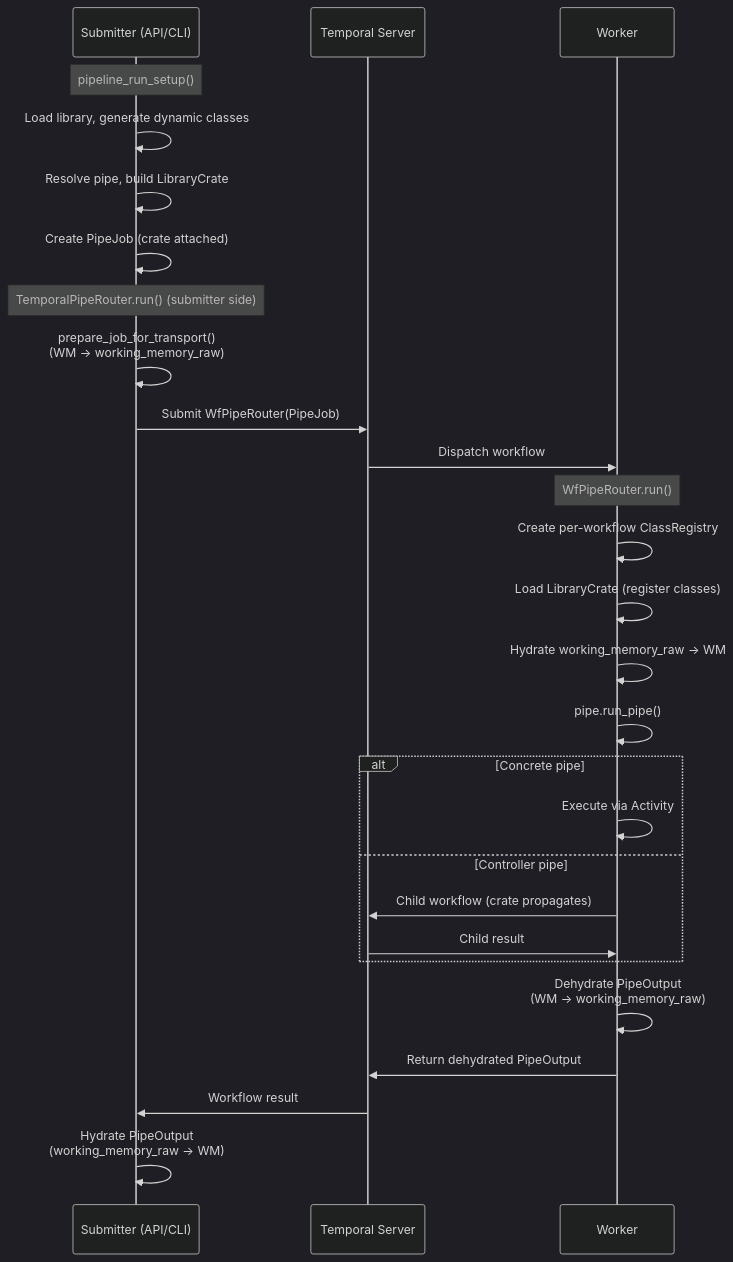
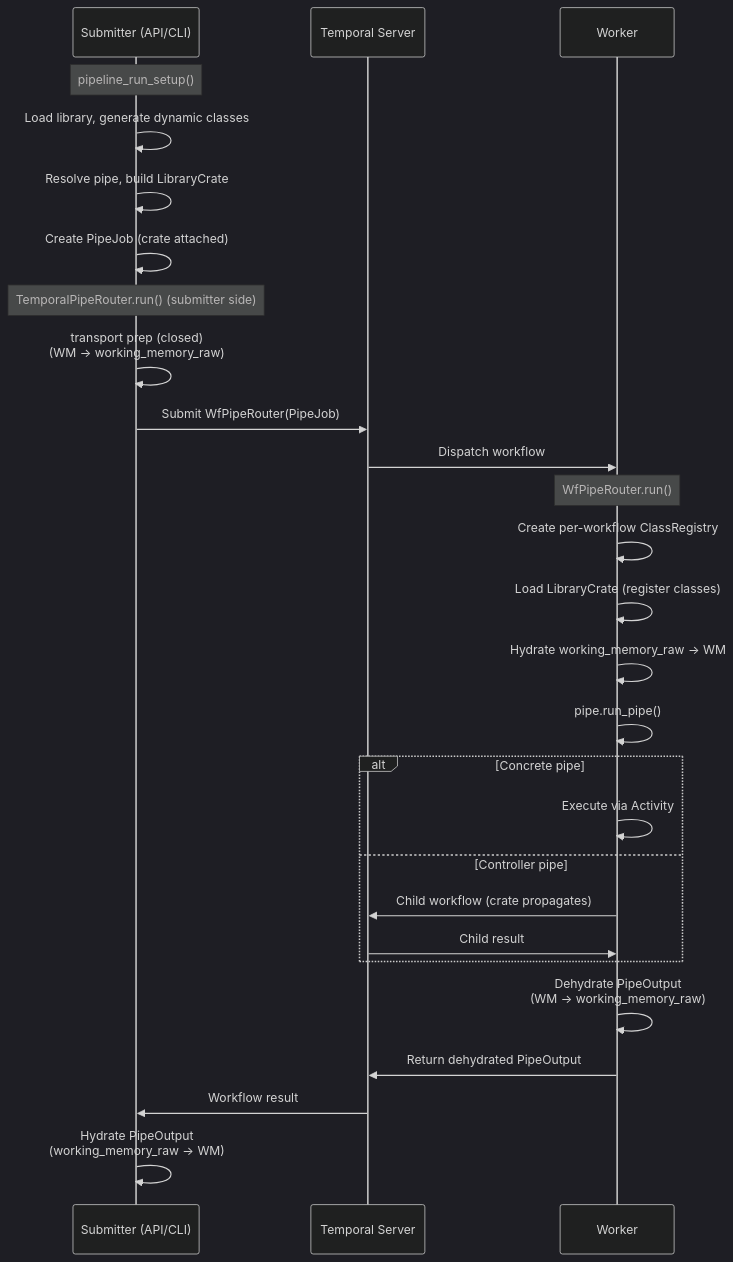
Before and after one commit to Pipelex/pipelex: the first of 2 diagrams in docs/under-the-hood/pipe-routing-and-execution.md, drawn with Mermaid (dark theme). The commit also changed other lines of this file and 11 other files, not shown here.

````diff
--- a/docs/under-the-hood/pipe-routing-and-execution.md
+++ b/docs/under-the-hood/pipe-routing-and-execution.md
@@ -178,34 +178,34 @@
 ```mermaid
 sequenceDiagram
     participant S as Submitter (API/CLI)
     participant T as Temporal Server
     participant W as Worker
 
     Note over S: pipeline_run_setup()
     S->>S: Load library, generate dynamic classes
     S->>S: Resolve pipe, build LibraryCrate
     S->>S: Create PipeJob (crate attached)
 
     Note over S: TemporalPipeRouter.run() (submitter side)
-    S->>S: prepare_job_for_transport()<br/>(WM → working_memory_raw)
+    S->>S: transport prep (closed)<br/>(WM → working_memory_raw)
     S->>T: Submit WfPipeRouter(PipeJob)
     T->>W: Dispatch workflow
 
     Note over W: WfPipeRouter.run()
     W->>W: Create per-workflow ClassRegistry
     W->>W: Load LibraryCrate (register classes)
     W->>W: Hydrate working_memory_raw → WM
     W->>W: pipe.run_pipe()
 
     alt Concrete pipe
         W->>W: Execute via Activity
     else Controller pipe
         W->>T: Child workflow (crate propagates)
         T->>W: Child result
     end
 
     W->>W: Dehydrate PipeOutput<br/>(WM → working_memory_raw)
     W->>T: Return dehydrated PipeOutput
     T->>S: Workflow result
     S->>S: Hydrate PipeOutput<br/>(working_memory_raw → WM)
 ```
````
